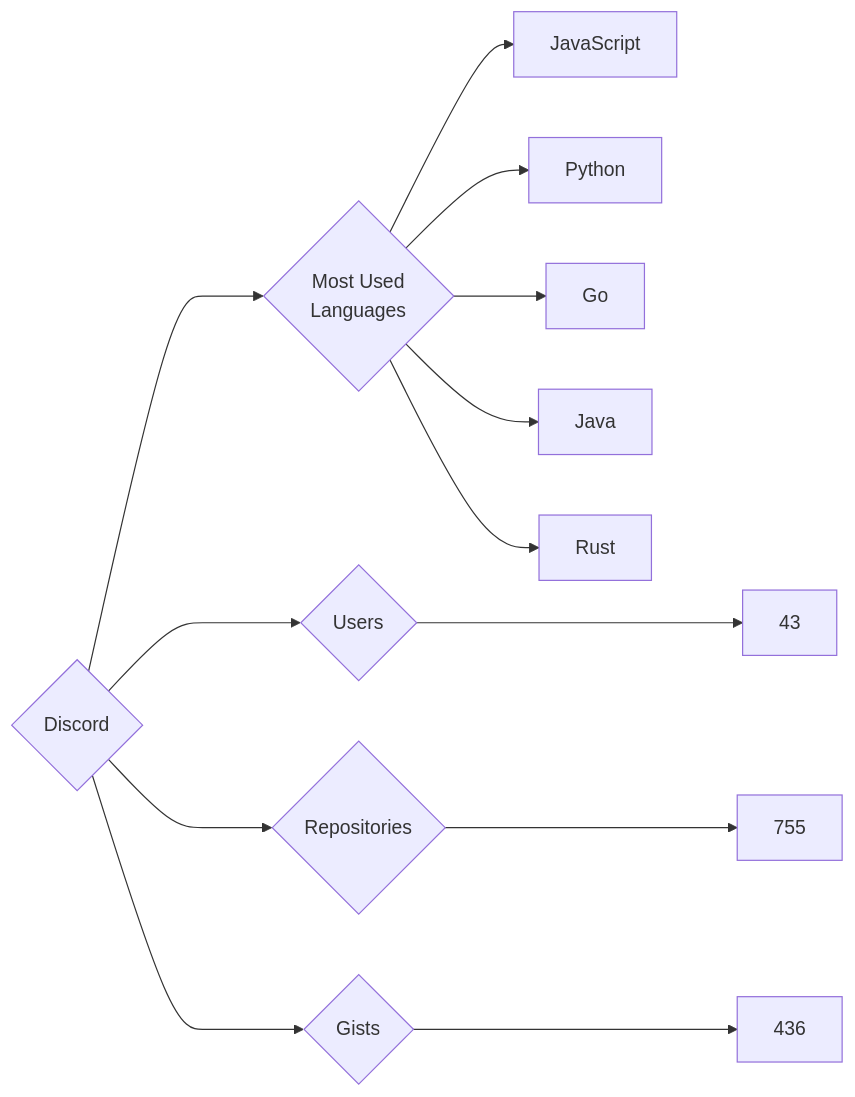
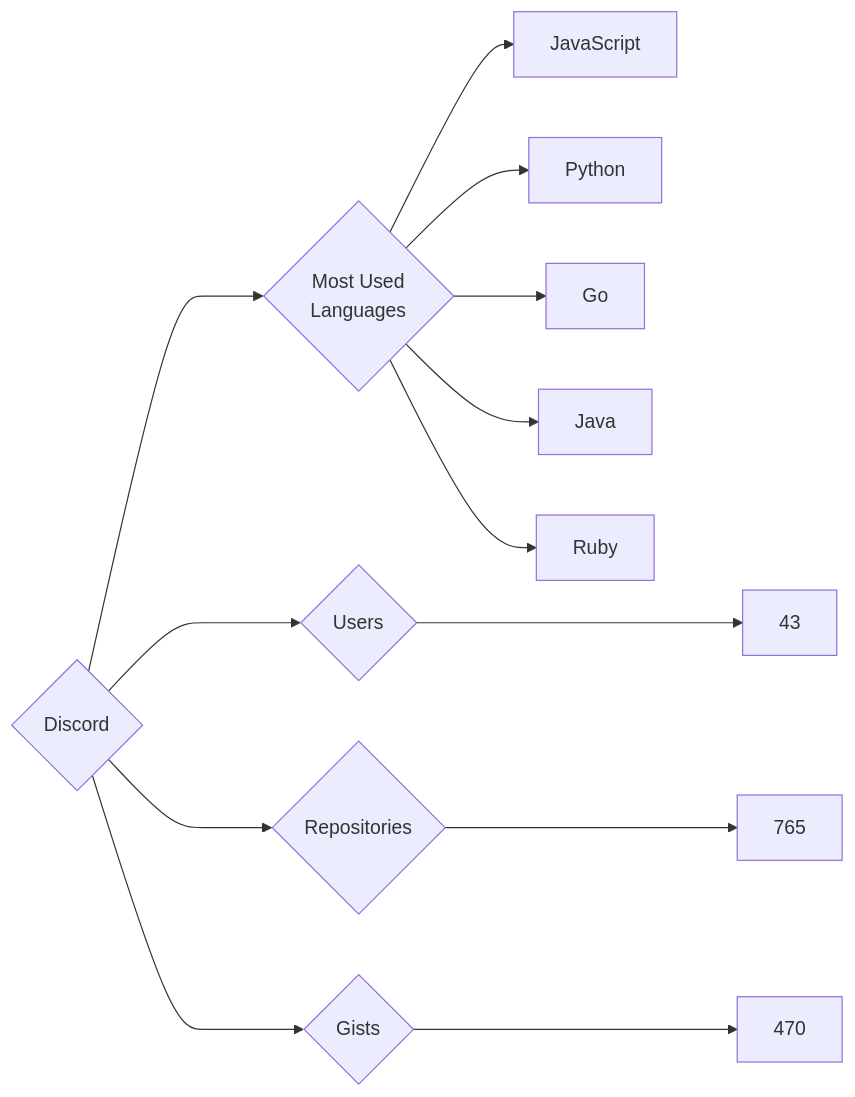
Before and after one commit to trickest/insiders: the diagram in targets/Discord/README.md, drawn with Mermaid. The commit also changed 1238 other files, not shown here.

````diff
--- a/targets/Discord/README.md
+++ b/targets/Discord/README.md
@@ -3,13 +3,13 @@
 ```mermaid
 graph LR
 COMPANY_NAME{Discord}
 COMPANY_NAME ---> U{Users} ---> UN[43]
-COMPANY_NAME ---> R{Repositories} ---> RN[755]
-COMPANY_NAME ---> G{Gists} ---> GN[436]
+COMPANY_NAME ---> R{Repositories} ---> RN[765]
+COMPANY_NAME ---> G{Gists} ---> GN[470]
 COMPANY_NAME ---> ML{Most Used<br>Languages}
 ML --> JavaScript[JavaScript]
 ML --> Python[Python]
 ML --> Go[Go]
 ML --> Java[Java]
-ML --> Rust[Rust]
+ML --> Ruby[Ruby]
 ```
````
